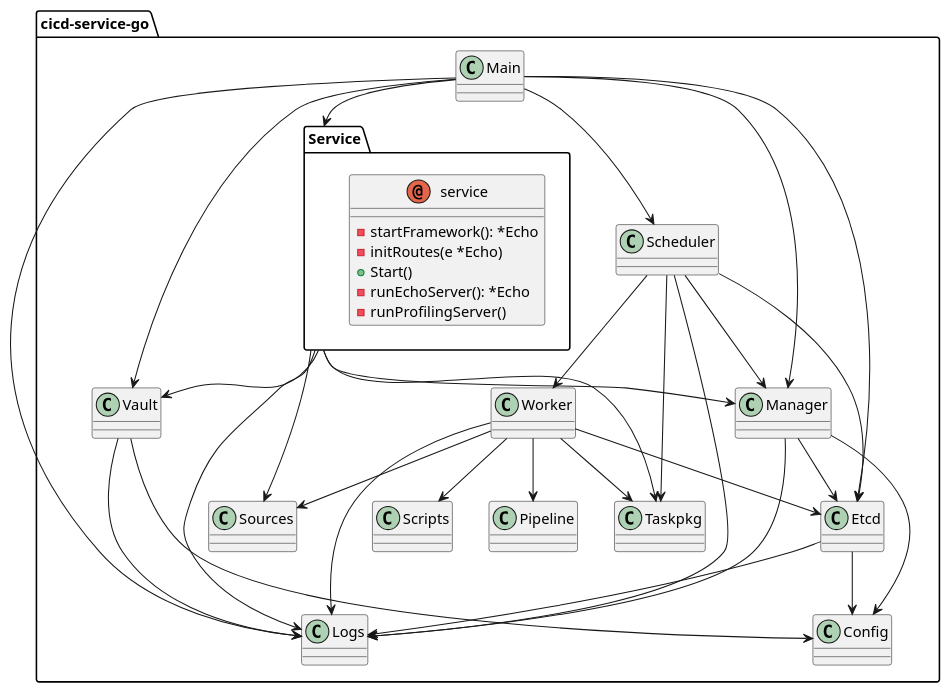
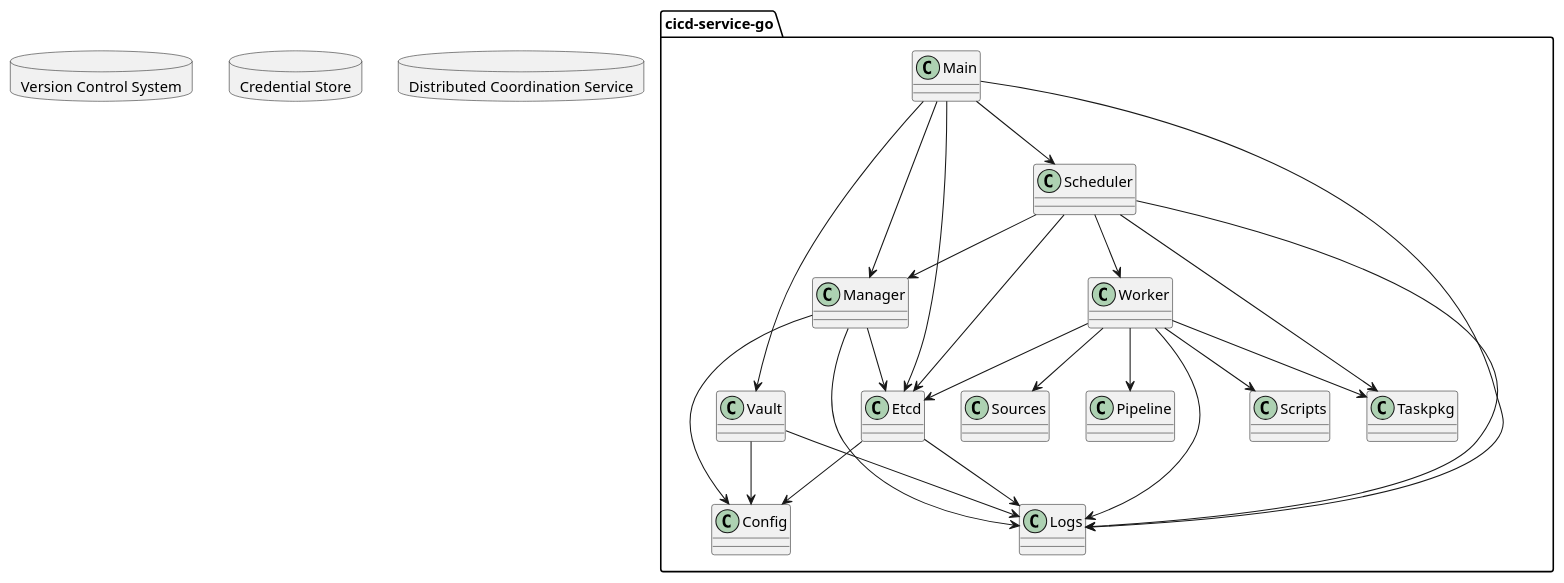
Before and after one commit to JulianKap/cicd-service-go: the diagram in doc/all.puml, drawn with PlantUML. The commit also changed 3 other files, not shown here.

Commit message:
chore: правки в диаграммах

```diff
--- a/doc/all.puml
+++ b/doc/all.puml
@@ -1,100 +1,71 @@
 @startuml
-package "cicd-service-go" {
-'    package "Main" {
-        class Main
-'    }
 
-'    package "Scheduler" {
-        class Scheduler
-'    }
-
-'    package "Manager" {
-        class Manager
-'    }
-
-package Service{
-annotation service {
-
-
--startFramework(): *Echo
--initRoutes(e *Echo)
-+Start()
--runEchoServer(): *Echo
--runProfilingServer()
-}
+database "Version Control System" {
+'    [GitHub, GitLab, Bitbucket] as VCS
 }
 
-'    package "Worker" {
-        class Worker
-'    }
+database "Credential Store" {
+'    [Vault]
+}
 
-'    package "Taskpkg" {
-        class Taskpkg
-'    }
+database "Distributed Coordination Service" {
+'    [Etcd1] .. [Etcd2]
+'    [Etcd2] .. [Etcd3]
+'    [Etcd3] .. [Etcd1]
+}
 
-'    package "Pipeline" {
-        class Pipeline
-'    }
+package "cicd-service-go" {
 
-'    package "Scripts" {
-        class Scripts
-'    }
+    class Main
 
-'    package "Sources" {
-        class Sources
-'    }
+    class Manager
 
-'    package "Etcd" {
-        class Etcd
-'    }
+    class Scheduler
 
-'    package "Vault" {
-        class Vault
-'    }
-
-'    package "Logs" {
-        class Logs
-'    }
-
-'    package "Config" {
-        class Config
-'    }
+    class Worker
+    class Taskpkg
+    class Pipeline
+    class Scripts
+    class Sources
+    class Etcd
+    class Vault
+    class Logs
+    class Config
 
     Main --> Scheduler
     Main --> Manager
-    Main --> Service
     Main --> Logs
     Main --> Vault
     Main --> Etcd
 
     Etcd --> Config
     Etcd --> Logs
 
     Vault --> Config
     Vault --> Logs
 
     Manager --> Etcd
     Manager --> Logs
     Manager --> Config
 
     Scheduler --> Worker
     Scheduler --> Taskpkg
     Scheduler --> Manager
     Scheduler --> Etcd
     Scheduler --> Logs
 
-    Service --> Sources
-    Service --> Taskpkg
-    Service --> Manager
-    Service --> Logs
-    Service --> Vault
-
     Worker --> Sources
     Worker --> Taskpkg
     Worker --> Pipeline
     Worker --> Scripts
     Worker --> Etcd
     Worker --> Logs
+
+'    Worker --> [Other Dependencies]
+
 }
 
+
+
+
 @enduml
```
